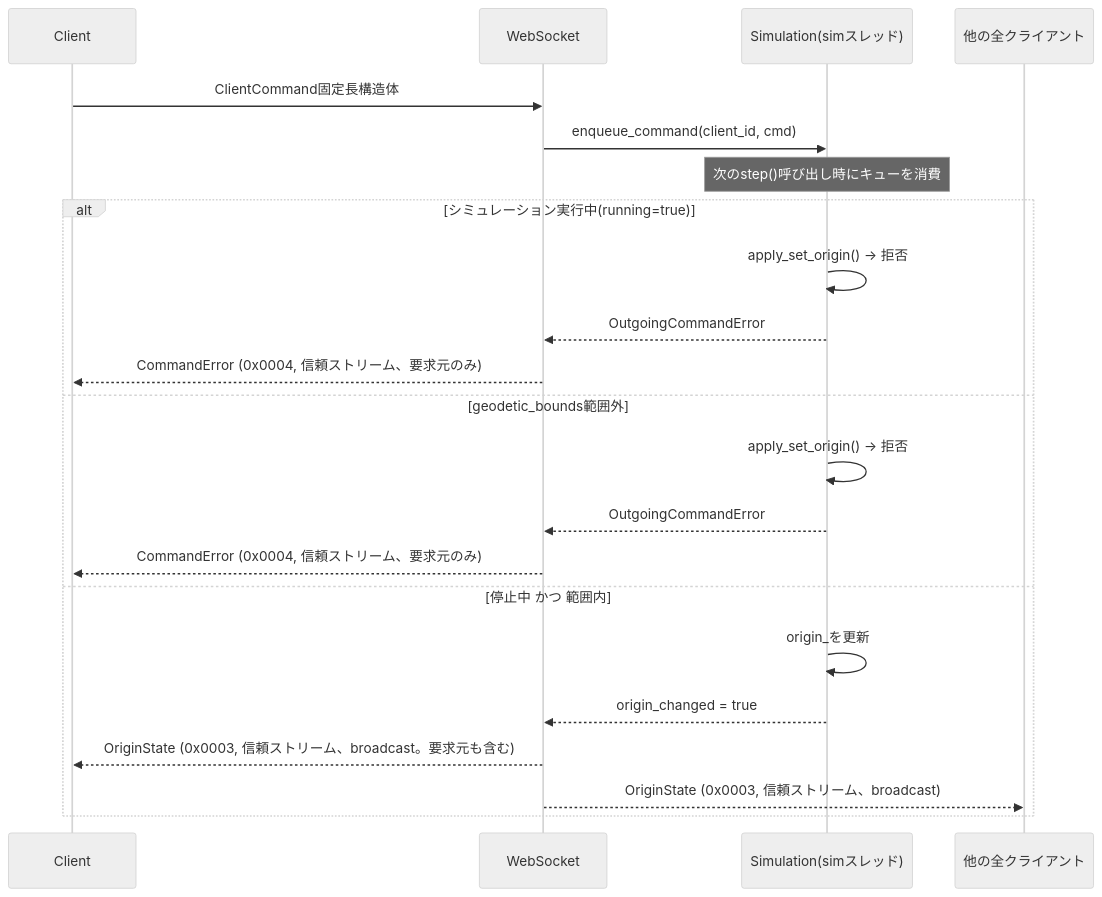
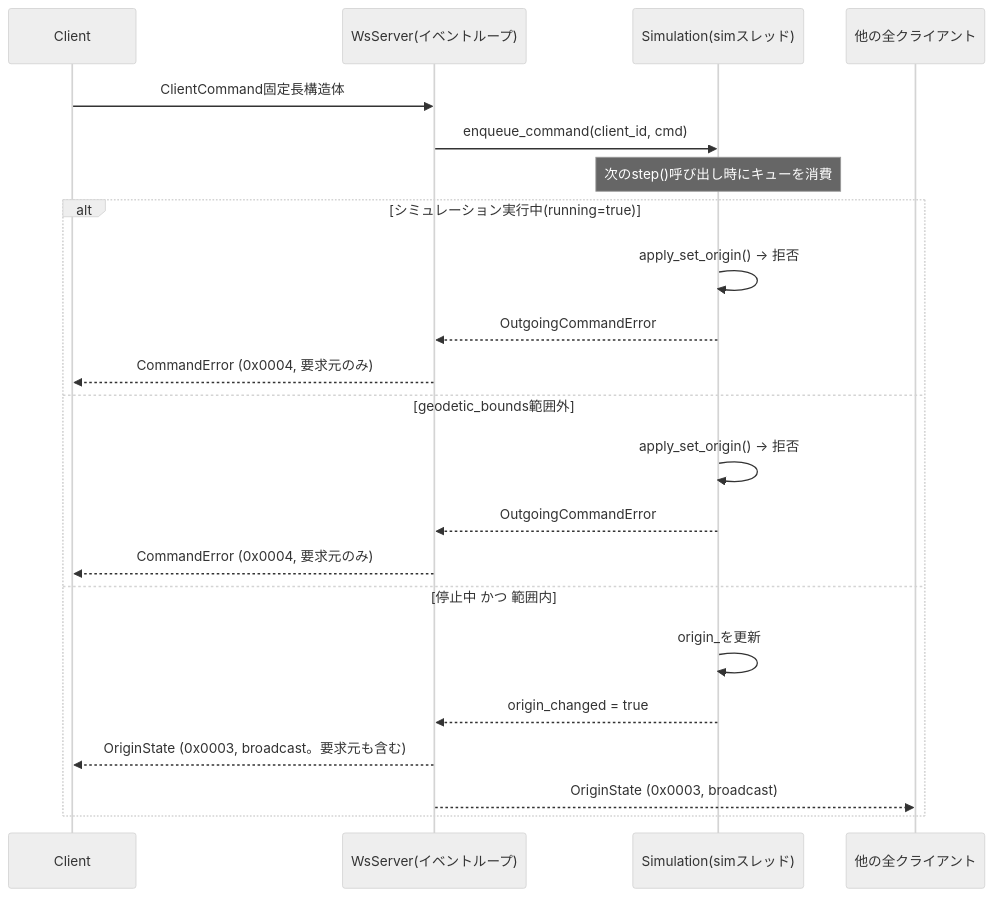
Before and after one commit to ham1a6/SimulationView: the fourth of 12 diagrams in sample/docs/DETAILED_DESIGN.md, drawn with Mermaid (neutral theme). The commit also changed other lines of this file and 11 other files, not shown here.

````diff
--- a/sample/docs/DETAILED_DESIGN.md
+++ b/sample/docs/DETAILED_DESIGN.md
@@ -281,26 +314,26 @@
 ```mermaid
 sequenceDiagram
     participant C as Client
-    participant WT as WebSocket
+    participant WS as WsServer(イベントループ)
     participant Sim as Simulation(simスレッド)
     participant All as 他の全クライアント
 
-    C->>WT: ClientCommand固定長構造体
-    WT->>Sim: enqueue_command(client_id, cmd)
+    C->>WS: ClientCommand固定長構造体
+    WS->>Sim: enqueue_command(client_id, cmd)
     Note over Sim: 次のstep()呼び出し時にキューを消費
 
     alt シミュレーション実行中(running=true)
         Sim->>Sim: apply_set_origin() → 拒否
-        Sim-->>WT: OutgoingCommandError
-        WT-->>C: CommandError (0x0004, 信頼ストリーム、要求元のみ)
+        Sim-->>WS: OutgoingCommandError
+        WS-->>C: CommandError (0x0004, 要求元のみ)
     else geodetic_bounds範囲外
         Sim->>Sim: apply_set_origin() → 拒否
-        Sim-->>WT: OutgoingCommandError
-        WT-->>C: CommandError (0x0004, 信頼ストリーム、要求元のみ)
+        Sim-->>WS: OutgoingCommandError
+        WS-->>C: CommandError (0x0004, 要求元のみ)
     else 停止中 かつ 範囲内
         Sim->>Sim: origin_を更新
-        Sim-->>WT: origin_changed = true
-        WT-->>C: OriginState (0x0003, 信頼ストリーム、broadcast。要求元も含む)
-        WT-->>All: OriginState (0x0003, 信頼ストリーム、broadcast)
+        Sim-->>WS: origin_changed = true
+        WS-->>C: OriginState (0x0003, broadcast。要求元も含む)
+        WS-->>All: OriginState (0x0003, broadcast)
     end
 ```
````
